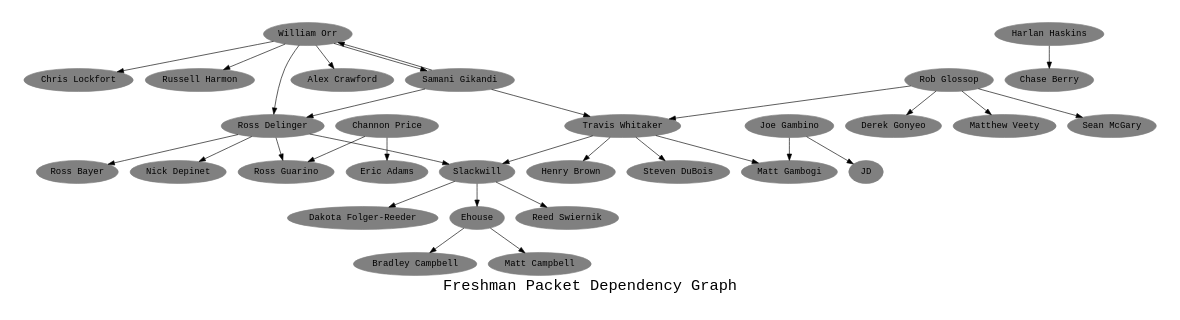
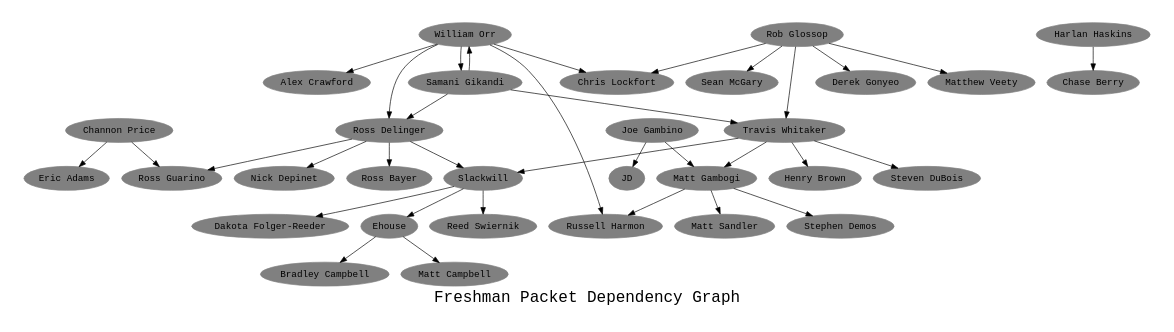
One commit to robgssp/CSHDigraph changed the diagram in dep.gv. Above: the diagram before and after it, drawn with Graphviz.

Commit message:
Some gambogi links

```diff
--- a/dep.gv
+++ b/dep.gv
@@ -1,71 +1,77 @@
 digraph "Packet Dependencies" {
 	graph [ fontname = "Monospace",
 		fontsize = 24,
 		label = "Freshman Packet Dependency Graph",
 		size = "6,6" ];
 	node [	shape = oval,
 		color = grey,
 		style = filled,
 		fontname = "Monospace" ];
 
 	"Alex Crawford";
 	"Bradley Campbell";
 	"Channon Price";
 	"Chase Berry";
 	"Chris Lockfort";
 	"Dakota Folger-Reeder";
+	"Derek Gonyeo";
 	"Ehouse";
 	"Eric Adams";
 	"Harlan Haskins";
 	"Henry Brown";
 	"JD";
 	"Joe Gambino";
 	"Matt Campbell";
 	"Matt Gambogi";
+	"Matt Sandler";
+	"Matthew Veety";
 	"Nick Depinet";
 	"Reed Swiernik";
+	"Rob Glossop";
 	"Ross Bayer";
 	"Ross Delinger";
 	"Ross Guarino";
 	"Russell Harmon";
 	"Samani Gikandi";
+	"Sean McGary";
 	"Slackwill";
+	"Stephen Demos";
 	"Steven DuBois"
 	"Travis Whitaker";
 	"William Orr";
-	"Derek Gonyeo";
-	"Matthew Veety";
-	"Rob Glossop";
-	"Sean McGary";
 
 	"Channon Price" -> "Eric Adams";
 	"Channon Price" -> "Ross Guarino";
 	"Ehouse" -> "Bradley Campbell";
 	"Ehouse" -> "Matt Campbell";
 	"Harlan Haskins" -> "Chase Berry";
 	"Joe Gambino" -> "JD";
 	"Joe Gambino" -> "Matt Gambogi";
+	"Matt Gambogi" -> "Matt Sandler";
+	"Matt Gambogi" -> "Russell Harmon";
+	"Matt Gambogi" -> "Stephen Demos";
+	"Rob Glossop" -> "Derek Gonyeo";
+	"Rob Glossop" -> "Matthew Veety";
+	"Rob Glossop" -> "Sean McGary";
+	"Rob Glossop" -> "Travis Whitaker";
 	"Ross Delinger" -> "Nick Depinet";
 	"Ross Delinger" -> "Ross Bayer";
 	"Ross Delinger" -> "Ross Guarino";
 	"Ross Delinger" -> "Slackwill";
+	"Samani Gikandi" -> "Ross Delinger";
+	"Samani Gikandi" -> "Travis Whitaker";
+	"Samani Gikandi" -> "William Orr";
 	"Slackwill" -> "Dakota Folger-Reeder";
 	"Slackwill" -> "Ehouse";
 	"Slackwill" -> "Reed Swiernik";
 	"Travis Whitaker" -> "Henry Brown";
 	"Travis Whitaker" -> "Matt Gambogi";
 	"Travis Whitaker" -> "Slackwill";
 	"Travis Whitaker" -> "Steven DuBois";
 	"William Orr" -> "Alex Crawford";
 	"William Orr" -> "Chris Lockfort";
 	"William Orr" -> "Ross Delinger";
 	"William Orr" -> "Russell Harmon";
 	"William Orr" -> "Samani Gikandi";
-	"Rob Glossop" -> "Derek Gonyeo";
-	"Rob Glossop" -> "Matthew Veety";
-	"Rob Glossop" -> "Sean McGary";
-	"Rob Glossop" -> "Travis Whitaker";
-	"Samani Gikandi" -> "Ross Delinger";
-	"Samani Gikandi" -> "Travis Whitaker";
-	"Samani Gikandi" -> "William Orr";
+        "Rob Glossop" -> "Chris Lockfort";
 }
```
